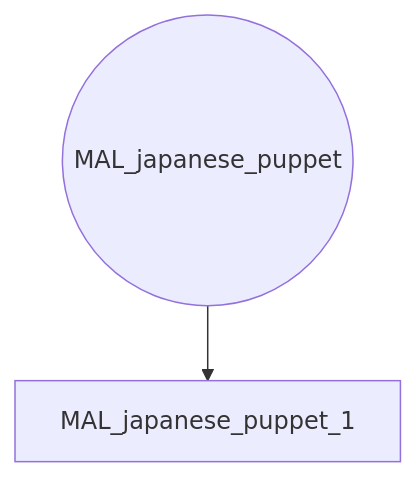
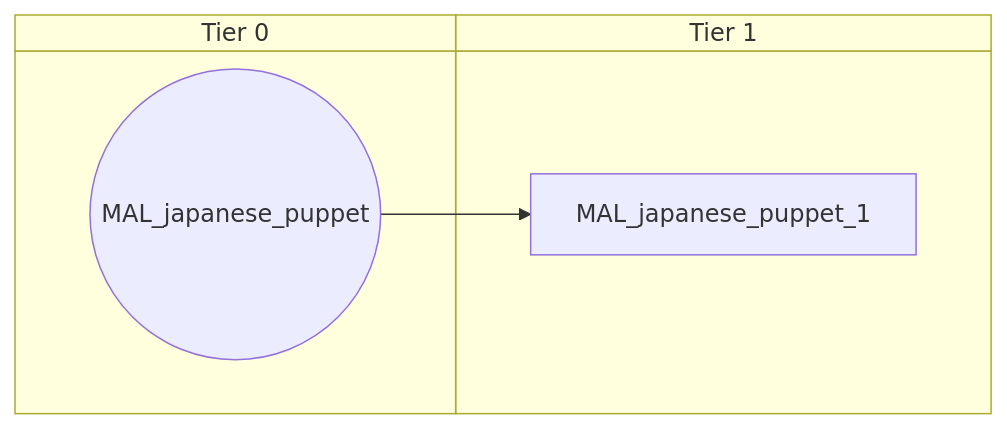
The second of 7 diagrams in docs/gdd/National Focuses/r56/malaysia.md (evgeny-sobol/hoi4-sandbox-mode-r56), drawn with Mermaid before and after one commit. The commit also changed other lines of this file and 423 other files, not shown here.

First line of the commit message:
Re-export Rt56 focus trees as swimlane diagrams

````diff
--- a/docs/gdd/National Focuses/r56/malaysia.md
+++ b/docs/gdd/National Focuses/r56/malaysia.md
@@ -32,6 +42,10 @@
 ```mermaid
-flowchart TD
-    n12(("MAL_japanese_puppet"))
-    n13["MAL_japanese_puppet_1"]
+swimlane-beta TD
+    subgraph tier_0["Tier 0"]
+        n12(("MAL_japanese_puppet"))
+    end
+    subgraph tier_1["Tier 1"]
+        n13["MAL_japanese_puppet_1"]
+    end
     n12 --> n13
 ```
````
